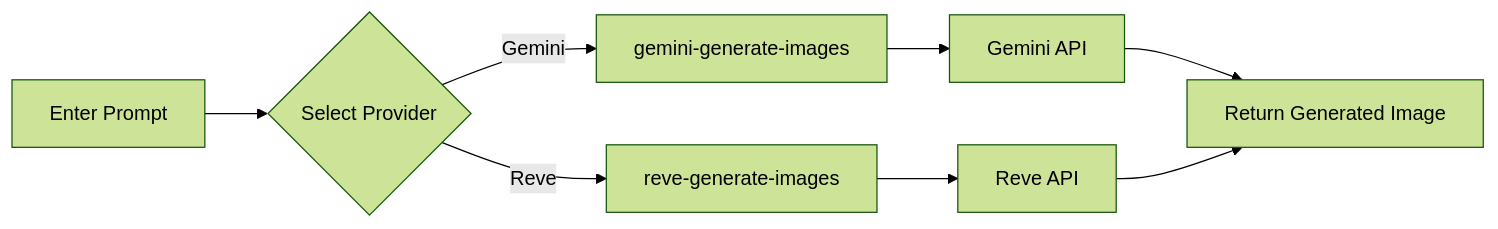
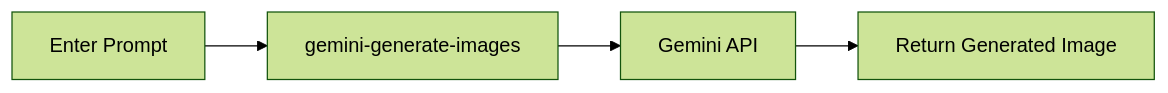
One commit to glaucopater/freeprompt changed the third of 4 diagrams in README.md. Above: the diagram before and after it, drawn with Mermaid (forest theme). The commit also changed other lines of this file and 5 other files, not shown here.

````diff
--- a/README.md
+++ b/README.md
@@ -164,10 +149,6 @@
 ```mermaid
 flowchart LR
-    A[Enter Prompt] --> B{Select Provider}
-    B -->|Gemini| C[gemini-generate-images]
-    B -->|Reve| D[reve-generate-images]
-    C --> E[Gemini API]
-    D --> F[Reve API]
-    E --> G[Return Generated Image]
-    F --> G
+    A[Enter Prompt] --> B[gemini-generate-images]
+    B --> C[Gemini API]
+    C --> D[Return Generated Image]
 ```
````
